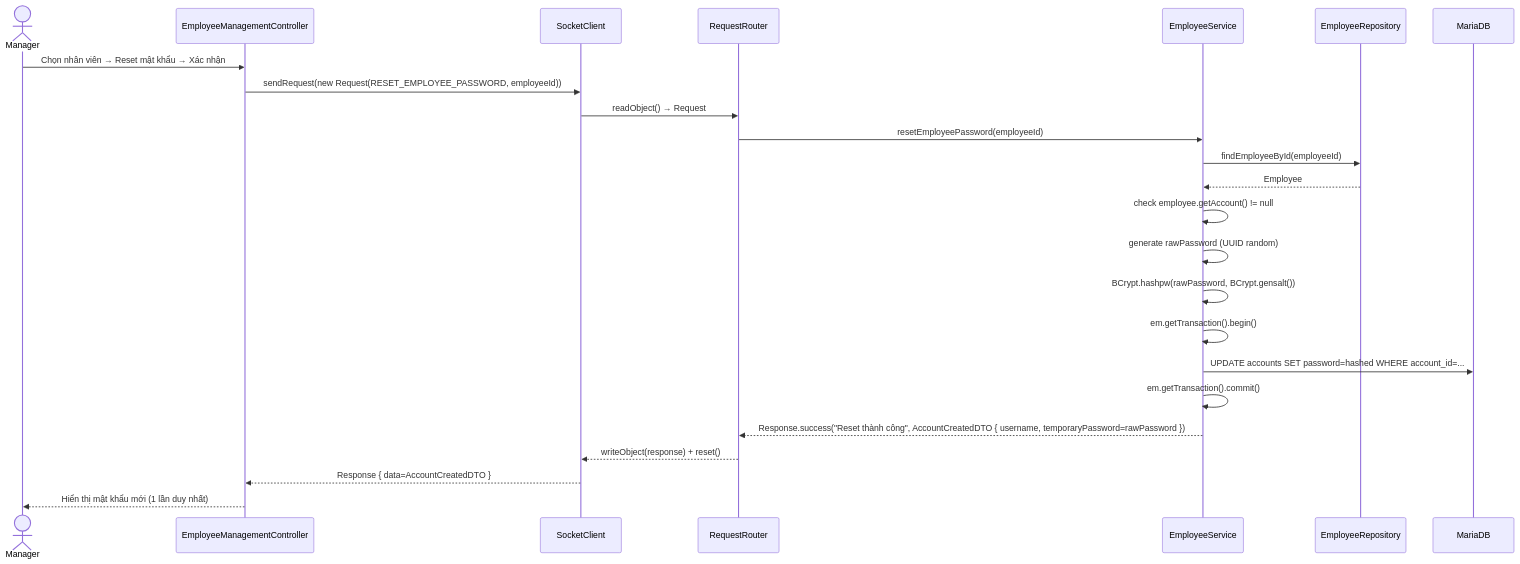
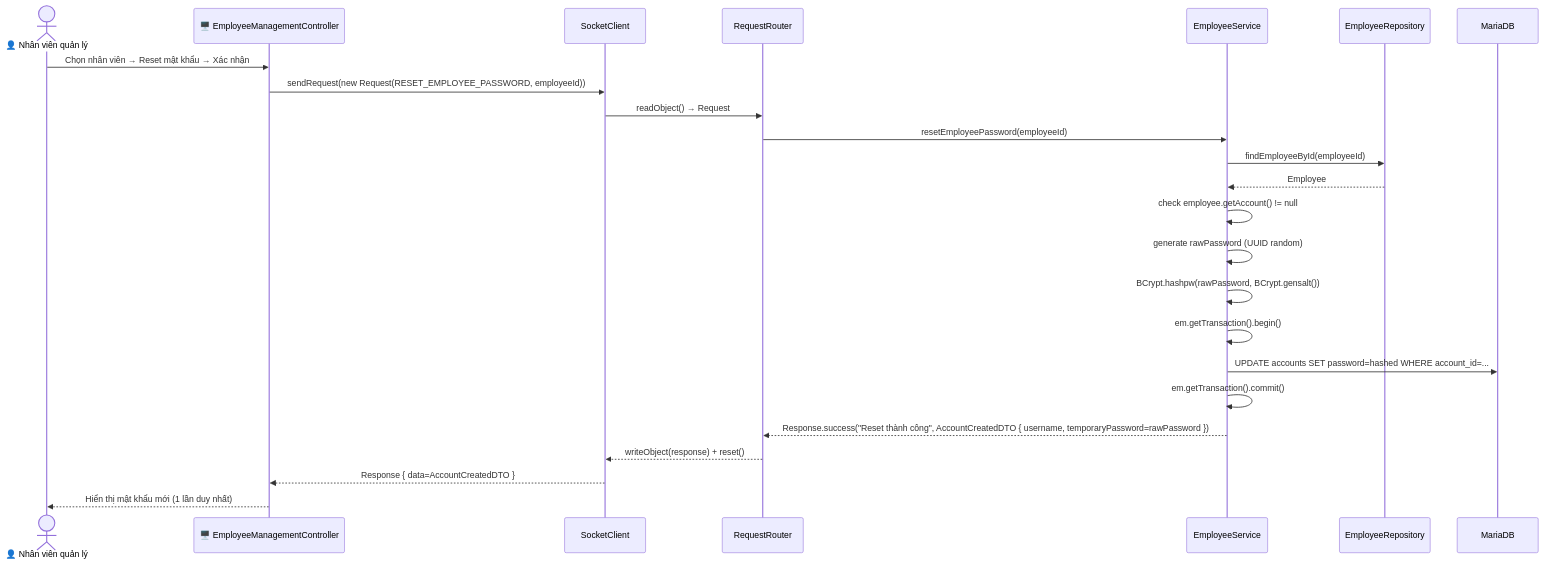
Before and after one commit to Distributed-Programing-Project/railway-reservation-system-server: the fifth of 7 diagrams in docs/diagrams/sequence/uc013-quan-ly-nhan-vien.md, drawn with Mermaid. The commit also changed other lines of this file and 1 other file, not shown here.

First line of the commit message:
fix(diagram): add User layer and align actor names across uc005 and uc013 sequences

````diff
--- a/docs/diagrams/sequence/uc013-quan-ly-nhan-vien.md
+++ b/docs/diagrams/sequence/uc013-quan-ly-nhan-vien.md
@@ -160,27 +161,27 @@
 ```mermaid
 sequenceDiagram
-    actor Manager
-    participant UI as EmployeeManagementController
+    actor User as 👤 Nhân viên quản lý
+    participant UI as 🖥️ EmployeeManagementController
     participant SC as SocketClient
     participant Router as RequestRouter
     participant Svc as EmployeeService
     participant Repo as EmployeeRepository
     participant DB as MariaDB
 
-    Manager->>UI: Chọn nhân viên → Reset mật khẩu → Xác nhận
+    User->>UI: Chọn nhân viên → Reset mật khẩu → Xác nhận
     UI->>SC: sendRequest(new Request(RESET_EMPLOYEE_PASSWORD, employeeId))
     SC->>Router: readObject() → Request
     Router->>Svc: resetEmployeePassword(employeeId)
     Svc->>Repo: findEmployeeById(employeeId)
     Repo-->>Svc: Employee
     Svc->>Svc: check employee.getAccount() != null
     Svc->>Svc: generate rawPassword (UUID random)
     Svc->>Svc: BCrypt.hashpw(rawPassword, BCrypt.gensalt())
     Svc->>Svc: em.getTransaction().begin()
     Svc->>DB: UPDATE accounts SET password=hashed WHERE account_id=...
     Svc->>Svc: em.getTransaction().commit()
     Svc-->>Router: Response.success("Reset thành công", AccountCreatedDTO { username, temporaryPassword=rawPassword })
     Router-->>SC: writeObject(response) + reset()
     SC-->>UI: Response { data=AccountCreatedDTO }
-    UI-->>Manager: Hiển thị mật khẩu mới (1 lần duy nhất)
+    UI-->>User: Hiển thị mật khẩu mới (1 lần duy nhất)
 ```
````
